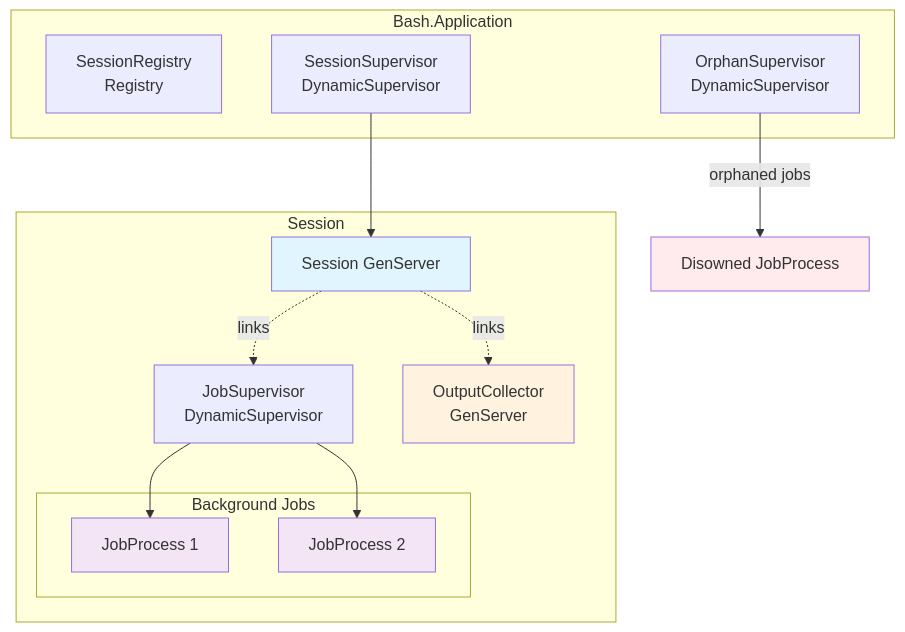
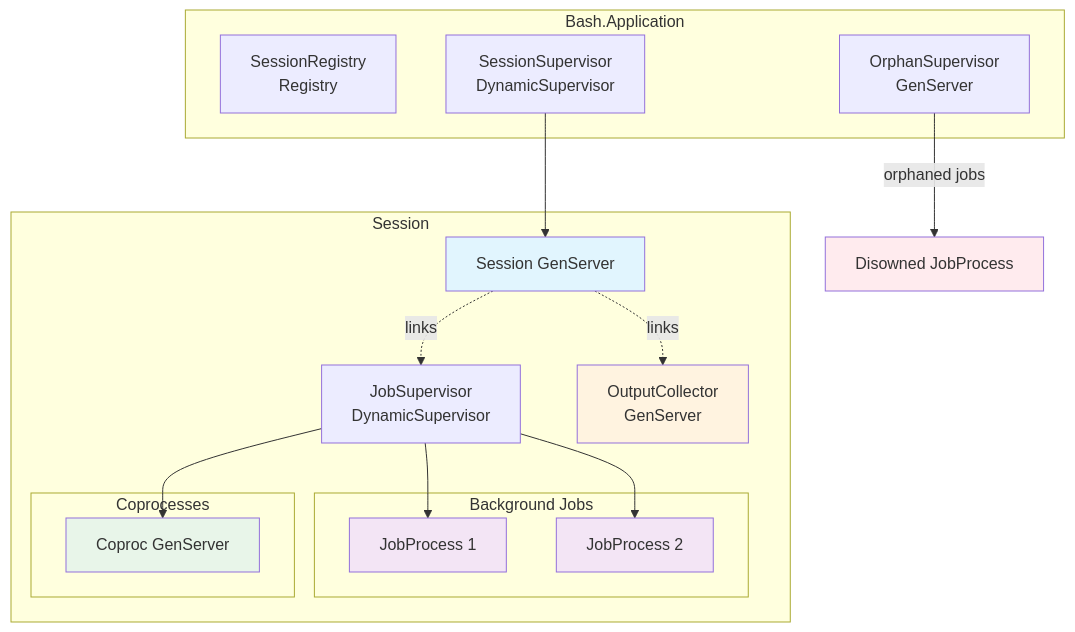
Before and after one commit to tv-labs/bash: the first of 12 diagrams in docs/ARCHITECTURE.md, drawn with Mermaid. The commit also changed other lines of this file and 18 other files, not shown here.

````diff
--- a/docs/ARCHITECTURE.md
+++ b/docs/ARCHITECTURE.md
@@ -16,32 +18,38 @@
 ```mermaid
 graph TB
     subgraph Application["Bash.Application"]
         SR[SessionRegistry<br/>Registry]
         SS[SessionSupervisor<br/>DynamicSupervisor]
-        OS[OrphanSupervisor<br/>DynamicSupervisor]
+        OS[OrphanSupervisor<br/>GenServer]
     end
 
     subgraph Session1["Session"]
         S1[Session GenServer]
         JS1[JobSupervisor<br/>DynamicSupervisor]
         OC1[OutputCollector<br/>GenServer]
 
         subgraph Jobs1["Background Jobs"]
             JP1[JobProcess 1]
             JP2[JobProcess 2]
         end
+
+        subgraph Coprocs1["Coprocesses"]
+            CP1[Coproc GenServer]
+        end
     end
 
     SS --> S1
     S1 -.->|links| JS1
     S1 -.->|links| OC1
     JS1 --> JP1
     JS1 --> JP2
+    JS1 --> CP1
     OS -->|orphaned jobs| JP3[Disowned JobProcess]
 
     style S1 fill:#e1f5fe
     style OC1 fill:#fff3e0
     style JP1 fill:#f3e5f5
     style JP2 fill:#f3e5f5
     style JP3 fill:#ffebee
+    style CP1 fill:#e8f5e9
 ```
````
